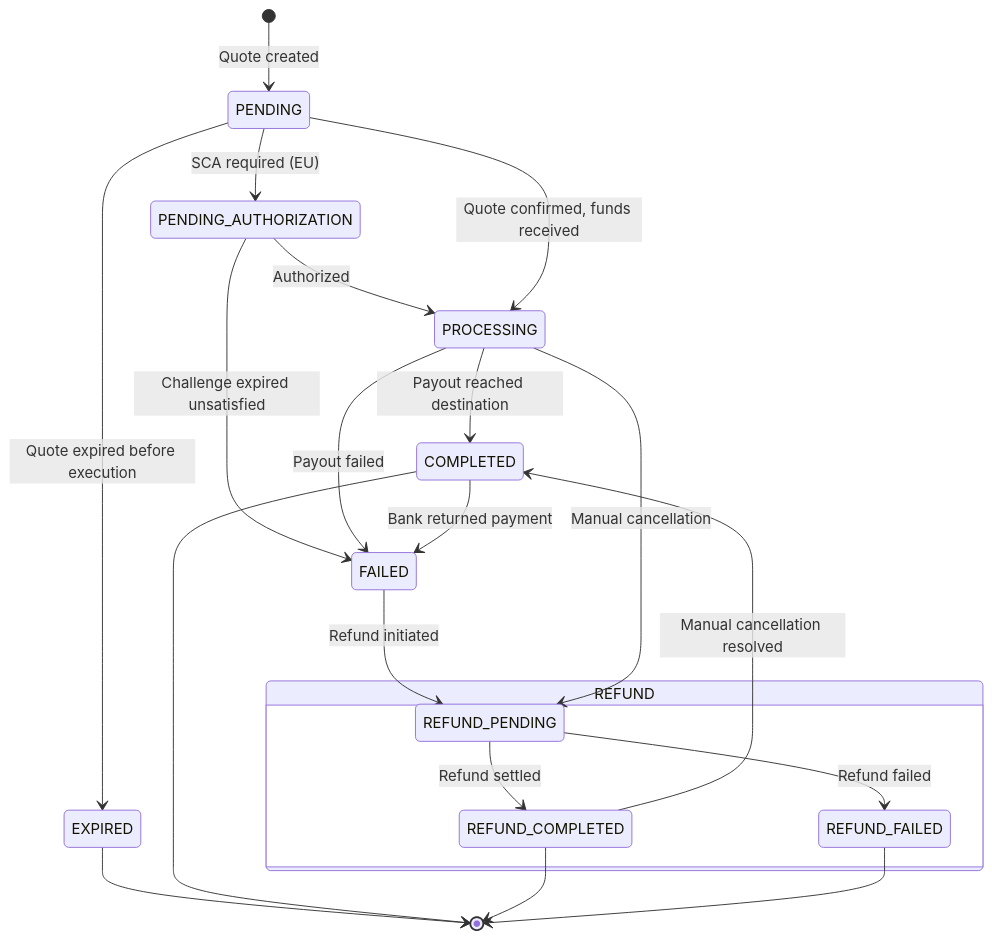
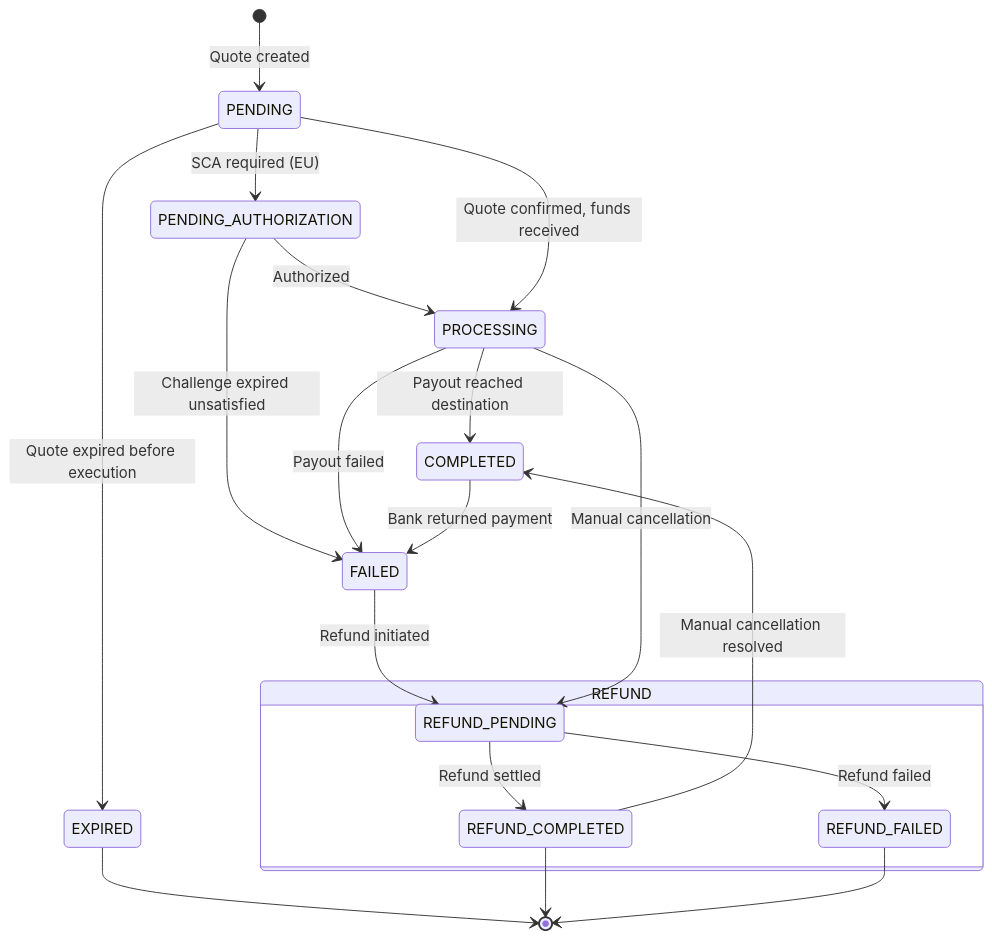
Before and after one commit to lightsparkdev/grid-api: the diagram in mintlify/platform-overview/core-concepts/transaction-lifecycle.mdx, drawn with Mermaid. The commit also changed other lines of this file and 24 other files, not shown here.

````diff
--- a/mintlify/platform-overview/core-concepts/transaction-lifecycle.mdx
+++ b/mintlify/platform-overview/core-concepts/transaction-lifecycle.mdx
@@ -122,23 +124,22 @@
 ```mermaid
 stateDiagram-v2
     [*] --> PENDING : Quote created
     PENDING --> PENDING_AUTHORIZATION : SCA required (EU)
     PENDING_AUTHORIZATION --> PROCESSING : Authorized
     PENDING_AUTHORIZATION --> FAILED : Challenge expired unsatisfied
     PENDING --> PROCESSING : Quote confirmed, funds received
     PENDING --> EXPIRED : Quote expired before execution
     PROCESSING --> COMPLETED : Payout reached destination
     PROCESSING --> FAILED : Payout failed
     COMPLETED --> FAILED : Bank returned payment
     FAILED --> REFUND_PENDING : Refund initiated
     PROCESSING --> REFUND_PENDING : Manual cancellation
     state "REFUND" as refund {
         REFUND_PENDING --> REFUND_COMPLETED : Refund settled
         REFUND_PENDING --> REFUND_FAILED : Refund failed
     }
     REFUND_COMPLETED --> COMPLETED : Manual cancellation resolved
     EXPIRED --> [*]
-    COMPLETED --> [*]
     REFUND_COMPLETED --> [*]
     REFUND_FAILED --> [*]
 ```
````
